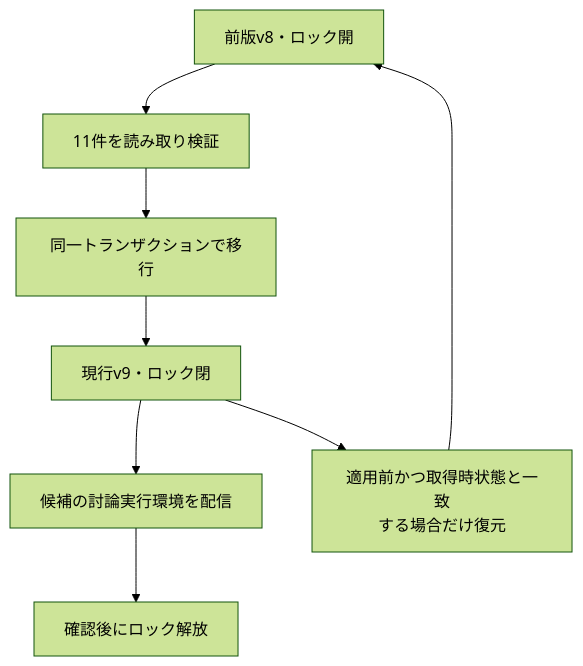
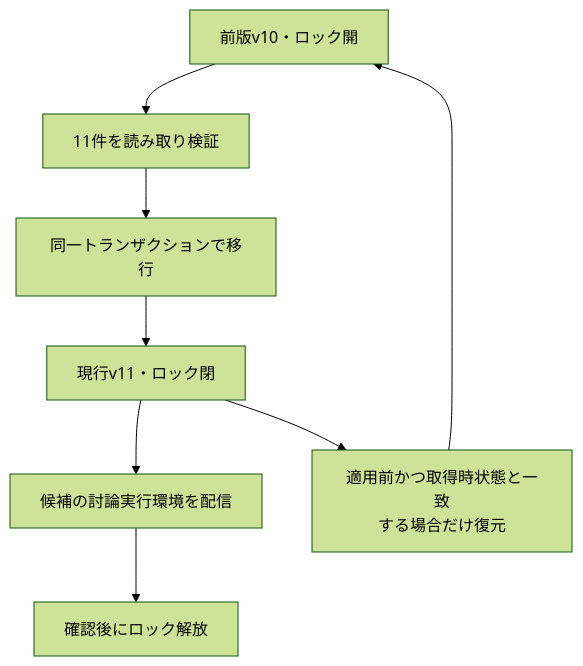
Before and after one commit to pitekusu/shittim-chest: the first of 2 diagrams in docs/13_DynamoDB・データ整合性詳細設計.md, drawn with Mermaid (forest theme). The commit also changed other lines of this file and 23 other files, not shown here.

````diff
--- a/docs/13_DynamoDB・データ整合性詳細設計.md
+++ b/docs/13_DynamoDB・データ整合性詳細設計.md
@@ -74,10 +68,10 @@
 ```mermaid
 flowchart TD
-    Previous[前版v8・ロック開] --> Check[11件を読み取り検証]
+    Previous[前版v10・ロック開] --> Check[11件を読み取り検証]
     Check --> Atomic[同一トランザクションで移行]
-    Atomic --> Current[現行v9・ロック閉]
+    Atomic --> Current[現行v11・ロック閉]
     Current --> Deploy[候補の討論実行環境を配信]
     Deploy --> Open[確認後にロック解放]
     Current --> Rollback[適用前かつ取得時状態と一致<br/>する場合だけ復元]
     Rollback --> Previous
 ```
````
